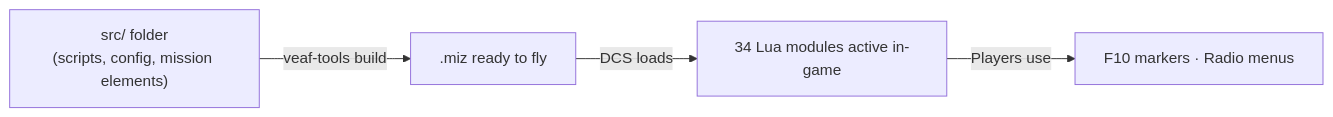
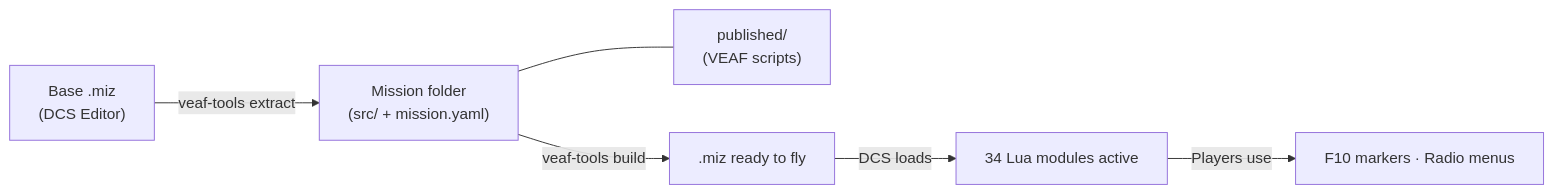
Before and after one commit to VEAF/VEAF-Mission-Creation-Tools: the diagram in doc/README.md, drawn with Mermaid. The commit also changed other lines of this file and 1 other file, not shown here.

Commit message:
fix(doc): correct How It Works diagram to show actual workflow (extract→configure→build)

````diff
--- a/doc/README.md
+++ b/doc/README.md
@@ -23,6 +23,8 @@
 ```mermaid
 flowchart LR
-    A["src/ folder<br/>(scripts, config, mission elements)"] -->|veaf-tools build| B[".miz ready to fly"]
-    B -->|DCS loads| C["34 Lua modules active in-game"]
-    C -->|Players use| D["F10 markers · Radio menus"]
+    A["Base .miz<br/>(DCS Editor)"] -->|veaf-tools extract| B["Mission folder<br/>(src/ + mission.yaml)"]
+    B --- C["published/<br/>(VEAF scripts)"]
+    B -->|veaf-tools build| D[".miz ready to fly"]
+    D -->|DCS loads| E["34 Lua modules active"]
+    E -->|Players use| F["F10 markers · Radio menus"]
 ```
````
